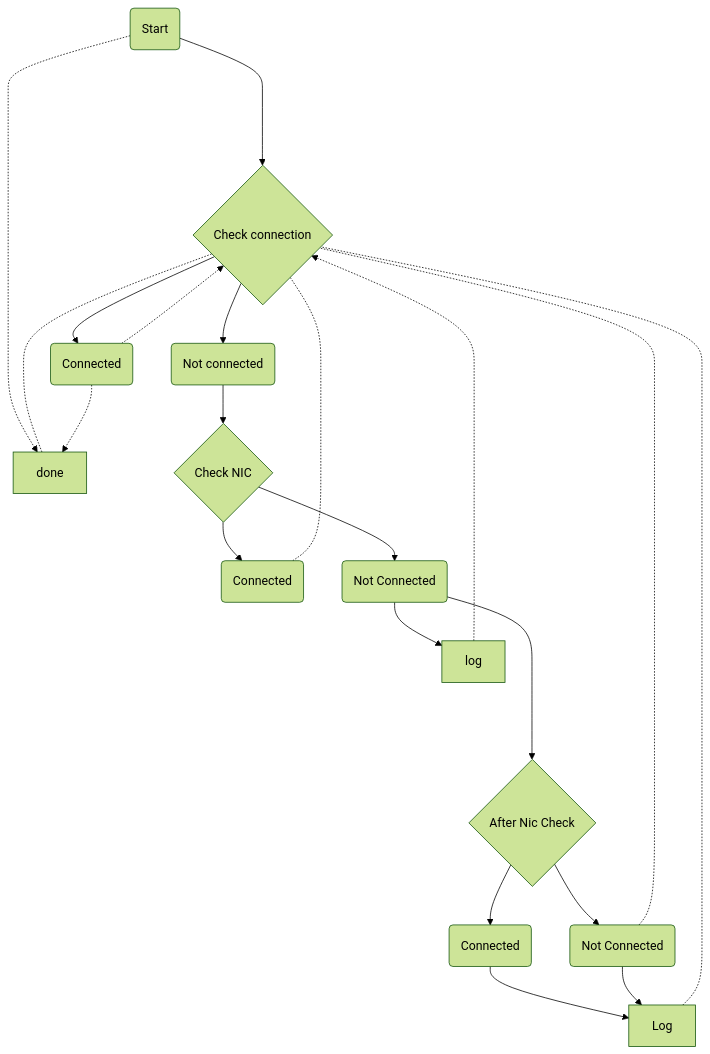
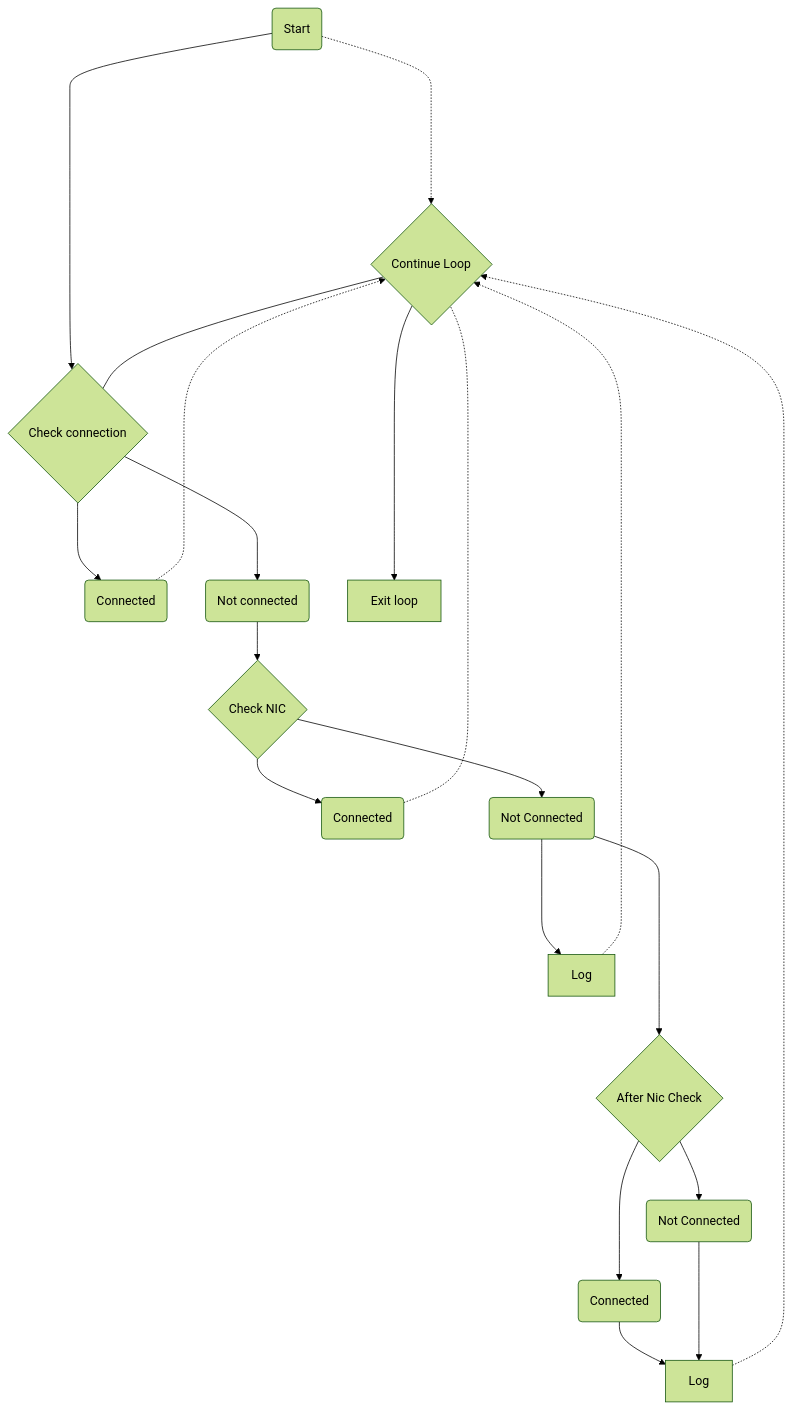
One commit to timoteuszelle/testconnection-reboot changed the diagram in test.mmd. Above: the diagram before and after it, drawn with Mermaid (forest theme).

```diff
--- a/test.mmd
+++ b/test.mmd
@@ -1,34 +1,34 @@
 graph TB
 A -.-> B;
-A ----> C{C};
-C --> D;
-C --> E;
-D -.-> C;
-C -.- B;
+A ------> C{C};
+C ---> D;
+C ---> E;
 E --> F{F};
 F --> G;
 F --> H;
-H --> I;
-I -.-> C;
-G -.- C;
-H ----> J{J};
+H ----> I;
+I -.-> B;
+G -.- B;
+H -----> J{J};
 J --> K;
 J --> L;
 L --> M;
-M -.- C;
-K -.- C;
-K --> M;
-D -.-> B
+M -.-> B;
+K ---> M;
+B ----> N;
+B --- C;
+D -.-> B;
 A(Start)
-B[done]
+B{Continue Loop}
 C{Check connection}
 D(Connected)
 E(Not connected)
 F{Check NIC}
 G(Connected)
 H(Not Connected)
-I[log]
+I[Log]
 J{After Nic Check}
 M[Log]
 L(Connected)
 K(Not Connected)
+N[Exit loop]
```
